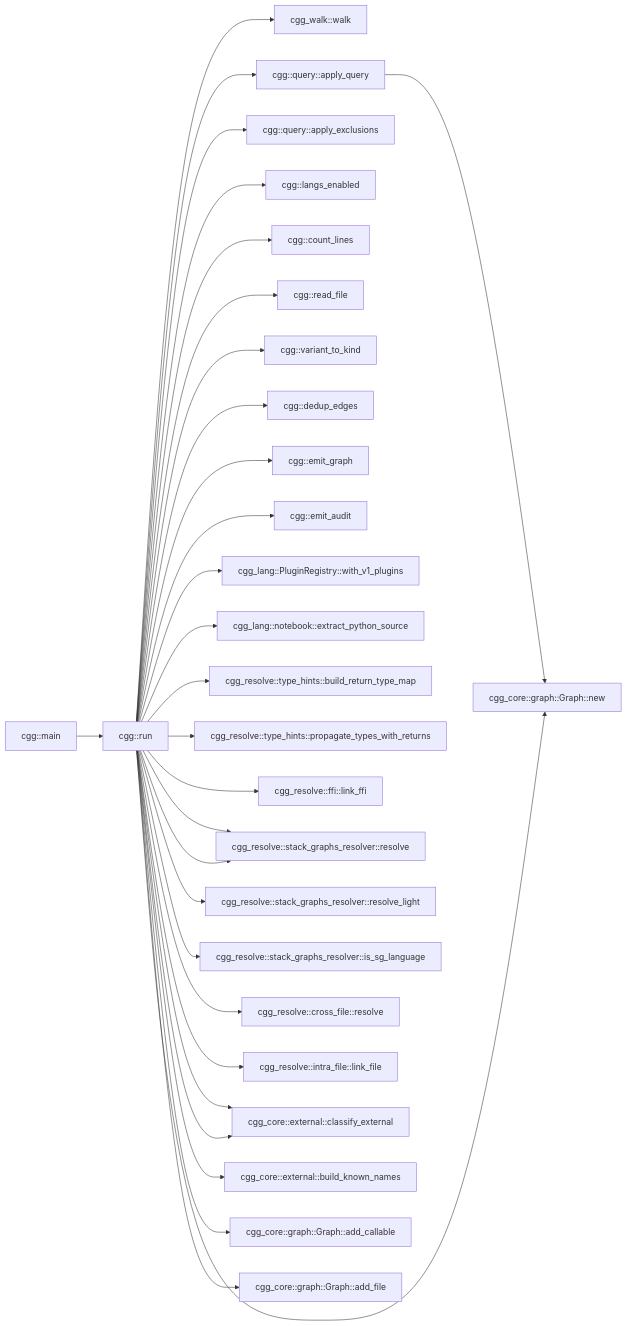
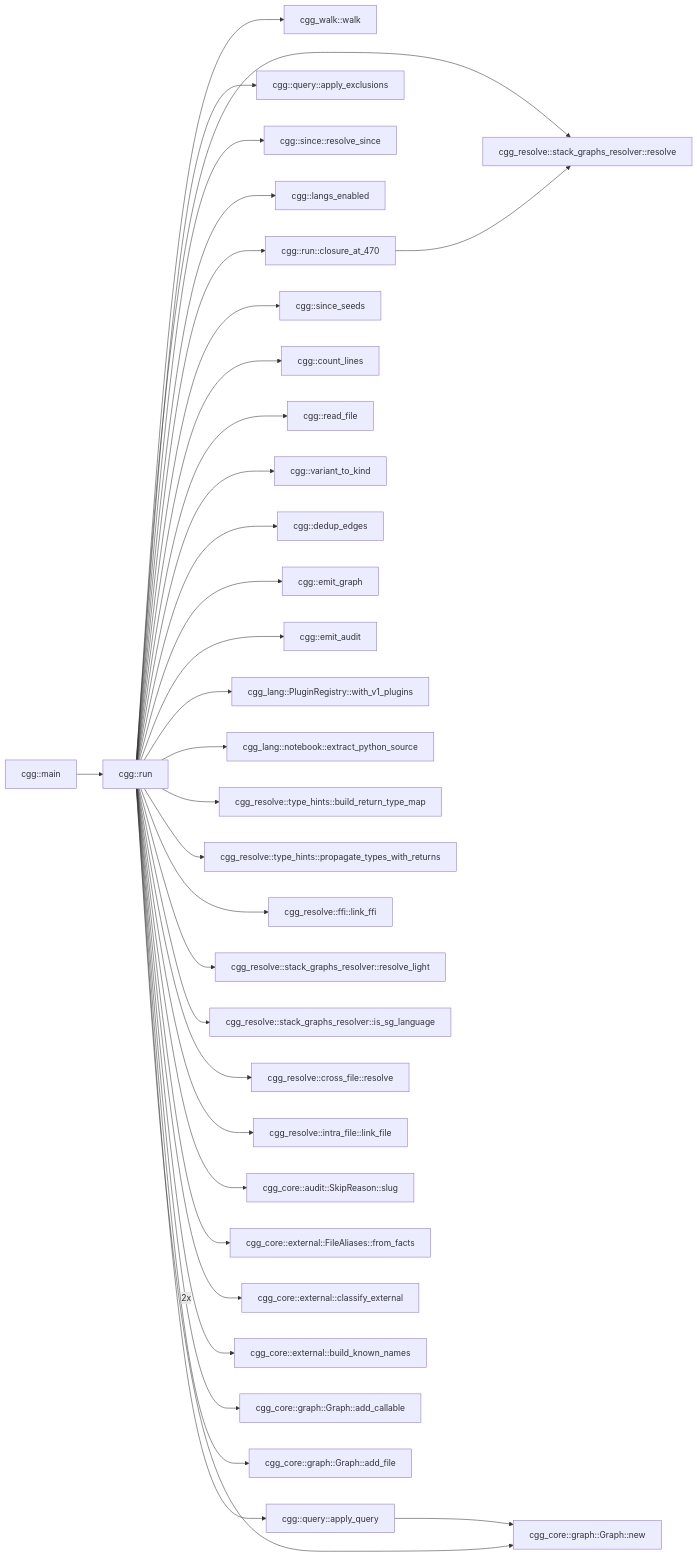
Before and after one commit to NeuralNotwerk/cgg: the first of 3 diagrams in README.md, drawn with Mermaid. The commit also changed other lines of this file and 4 other files, not shown here.

````diff
--- a/README.md
+++ b/README.md
@@ -280,59 +280,68 @@
 ```mermaid
 flowchart LR
   C2["cgg_walk::walk"]
   C72["cgg::query::apply_query"]
   C73["cgg::query::apply_exclusions"]
-  C85["cgg::main"]
-  C87["cgg::run"]
-  C88["cgg::langs_enabled"]
-  C89["cgg::count_lines"]
-  C90["cgg::read_file"]
-  C91["cgg::variant_to_kind"]
-  C92["cgg::dedup_edges"]
-  C94["cgg::emit_graph"]
-  C96["cgg::emit_audit"]
-  C840["cgg_lang::PluginRegistry::with_v1_plugins"]
-  C845["cgg_lang::notebook::extract_python_source"]
-  C879["cgg_resolve::type_hints::build_return_type_map"]
-  C880["cgg_resolve::type_hints::propagate_types_with_returns"]
-  C896["cgg_resolve::ffi::link_ffi"]
-  C919["cgg_resolve::stack_graphs_resolver::resolve"]
-  C920["cgg_resolve::stack_graphs_resolver::resolve_light"]
-  C921["cgg_resolve::stack_graphs_resolver::is_sg_language"]
-  C922["cgg_resolve::cross_file::resolve"]
-  C934["cgg_resolve::intra_file::link_file"]
-  C980["cgg_core::external::classify_external"]
-  C982["cgg_core::external::build_known_names"]
-  C983["cgg_core::graph::Graph::new"]
-  C984["cgg_core::graph::Graph::add_callable"]
-  C985["cgg_core::graph::Graph::add_file"]
-  C85 --> C87
-  C87 --> C88
-  C87 --> C90
-  C87 --> C89
-  C87 --> C91
-  C87 --> C92
-  C87 --> C94
-  C87 --> C96
-  C72 --> C983
-  C87 --> C2
-  C87 --> C840
-  C87 --> C983
-  C87 --> C845
-  C87 --> C985
-  C87 --> C984
-  C87 --> C879
-  C87 --> C880
-  C87 --> C982
-  C87 --> C934
-  C87 --> C980
-  C87 --> C919
-  C87 --> C919
-  C87 --> C921
-  C87 --> C920
-  C87 --> C980
-  C87 --> C922
-  C87 --> C896
-  C87 --> C72
-  C87 --> C73
+  C85["cgg::since::resolve_since"]
+  C99["cgg::main"]
+  C101["cgg::run"]
+  C102["cgg::langs_enabled"]
+  C103["cgg::run::closure_at_470"]
+  C104["cgg::since_seeds"]
+  C105["cgg::count_lines"]
+  C106["cgg::read_file"]
+  C107["cgg::variant_to_kind"]
+  C108["cgg::dedup_edges"]
+  C110["cgg::emit_graph"]
+  C112["cgg::emit_audit"]
+  C867["cgg_lang::PluginRegistry::with_v1_plugins"]
+  C872["cgg_lang::notebook::extract_python_source"]
+  C912["cgg_resolve::type_hints::build_return_type_map"]
+  C913["cgg_resolve::type_hints::propagate_types_with_returns"]
+  C929["cgg_resolve::ffi::link_ffi"]
+  C952["cgg_resolve::stack_graphs_resolver::resolve"]
+  C953["cgg_resolve::stack_graphs_resolver::resolve_light"]
+  C954["cgg_resolve::stack_graphs_resolver::is_sg_language"]
+  C955["cgg_resolve::cross_file::resolve"]
+  C967["cgg_resolve::intra_file::link_file"]
+  C984["cgg_core::audit::SkipReason::slug"]
+  C1013["cgg_core::external::FileAliases::from_facts"]
+  C1014["cgg_core::external::classify_external"]
+  C1017["cgg_core::external::build_known_names"]
+  C1030["cgg_core::graph::Graph::new"]
+  C1031["cgg_core::graph::Graph::add_callable"]
+  C1032["cgg_core::graph::Graph::add_file"]
+  C99 --> C101
+  C101 --> C102
+  C101 --> C106
+  C101 --> C105
+  C101 --> C107
+  C101 --> C103
+  C101 --> C108
+  C101 --> C104
+  C101 --> C110
+  C101 --> C112
+  C72 --> C1030
+  C101 --> C2
+  C101 --> C867
+  C101 --> C1030
+  C101 --> C872
+  C101 --> C1032
+  C101 --> C1031
+  C101 --> C912
+  C101 --> C913
+  C101 --> C1017
+  C101 --> C967
+  C101 --> C1013
+  C101 -->|2x| C1014
+  C101 --> C952
+  C103 --> C952
+  C101 --> C954
+  C101 --> C953
+  C101 --> C955
+  C101 --> C929
+  C101 --> C85
+  C101 --> C72
+  C101 --> C73
+  C101 --> C984
 ```
````
